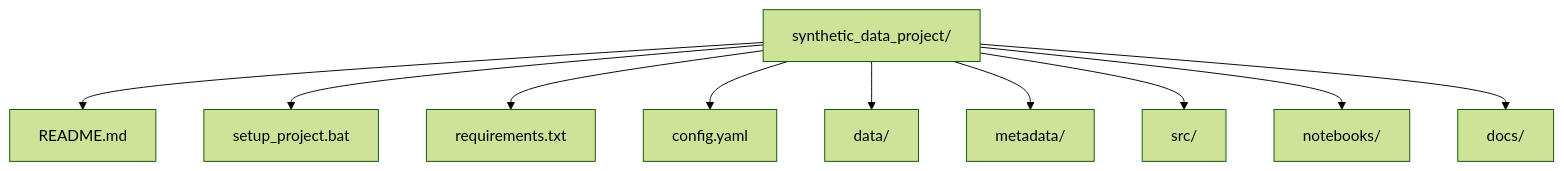
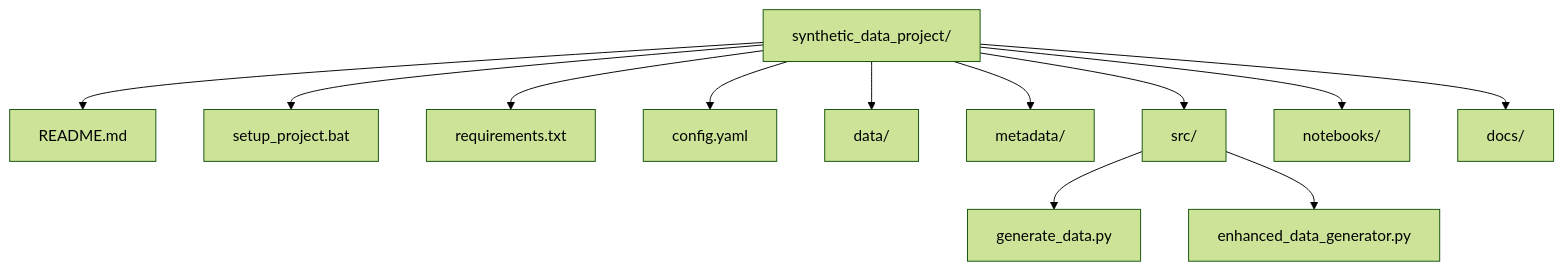
The first of 2 diagrams in docs/project_documentation.md (AJamal27891/synthetic_data_generator), drawn with Mermaid (forest theme) before and after one commit. The commit also changed other lines of this file and 9 other files, not shown here.

`````diff
--- a/docs/project_documentation.md
+++ b/docs/project_documentation.md
@@ -11,13 +11,15 @@
 ```mermaid
 graph TD;
     A[synthetic_data_project/]
     A --> B[README.md]
     A --> C[setup_project.bat]
     A --> D[requirements.txt]
     A --> E[config.yaml]
     A --> F[data/]
     A --> G[metadata/]
     A --> H[src/]
+    H --> H1[generate_data.py]
+    H --> H2[enhanced_data_generator.py]
     A --> I[notebooks/]
     A --> J[docs/]
-```
+````
`````
